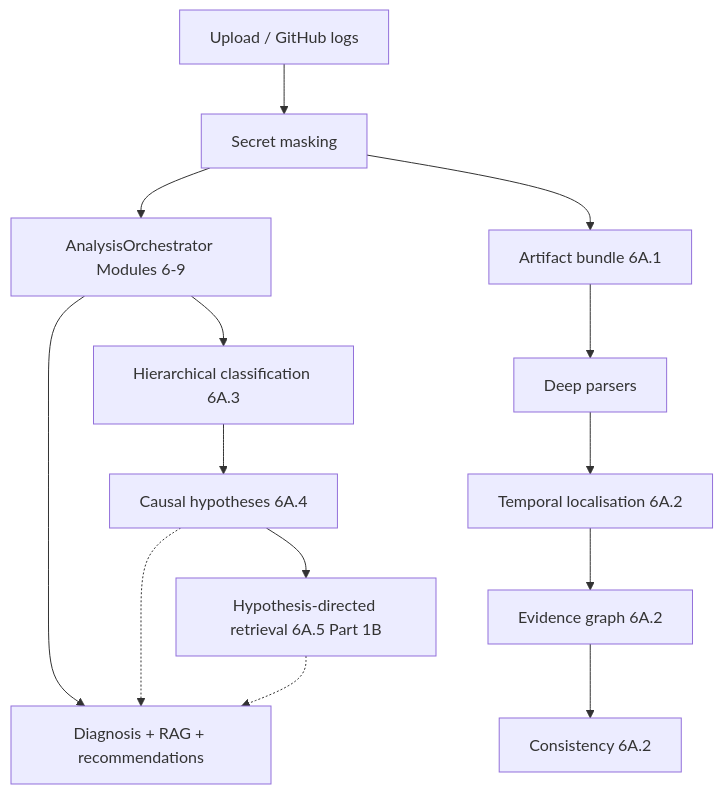
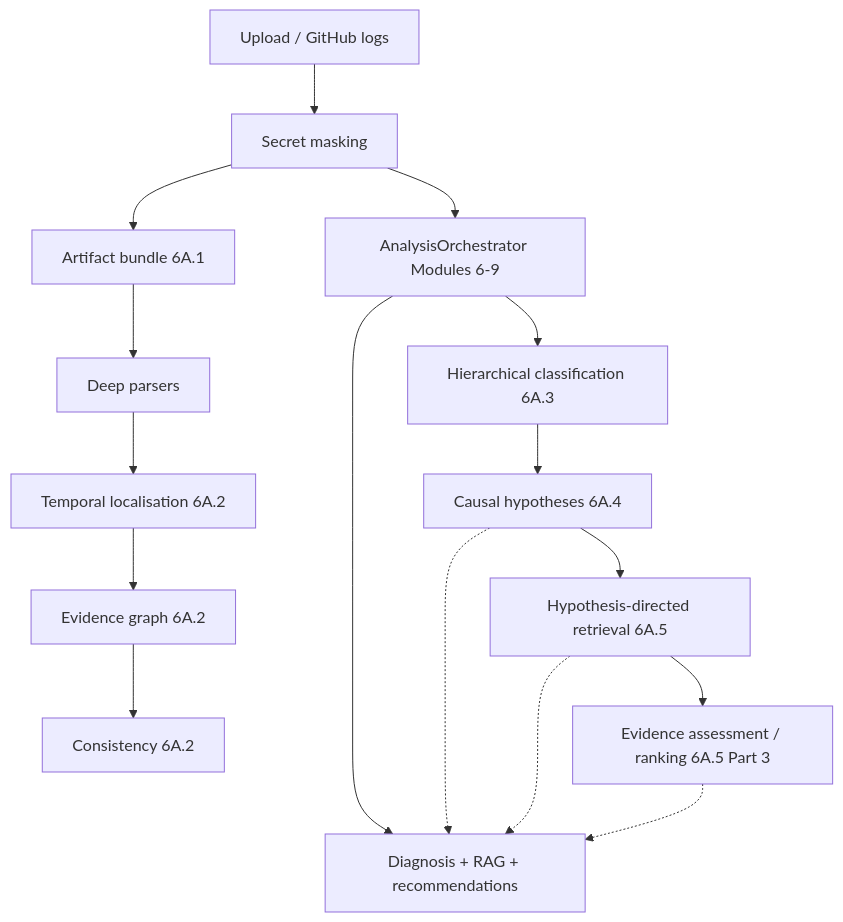
One commit to chanukaabeysinghe1031/devguard_ai changed the diagram in docs/PHASE6A_CAUSAL_AI_PIPELINE.md. Above: the diagram before and after it, drawn with Mermaid. The commit also changed other lines of this file and 7 other files, not shown here.

First line of the commit message:
docs: document Phase 6A.5 Part 3 evidence assessment and ranking

````diff
--- a/docs/PHASE6A_CAUSAL_AI_PIPELINE.md
+++ b/docs/PHASE6A_CAUSAL_AI_PIPELINE.md
@@ -20,16 +22,18 @@
 ```mermaid
 flowchart TB
   U[Upload / GitHub logs] --> M[Secret masking]
   M --> O[AnalysisOrchestrator Modules 6-9]
   M --> B[Artifact bundle 6A.1]
   B --> P[Deep parsers]
   P --> T[Temporal localisation 6A.2]
   T --> G[Evidence graph 6A.2]
   G --> C[Consistency 6A.2]
   O --> H[Hierarchical classification 6A.3]
   H --> Y[Causal hypotheses 6A.4]
-  Y --> R5[Hypothesis-directed retrieval 6A.5 Part 1B]
+  Y --> R5[Hypothesis-directed retrieval 6A.5]
+  R5 --> E5[Evidence assessment / ranking 6A.5 Part 3]
   O --> D[Diagnosis + RAG + recommendations]
   Y -.-> D
   R5 -.-> D
+  E5 -.-> D
 ```
````
